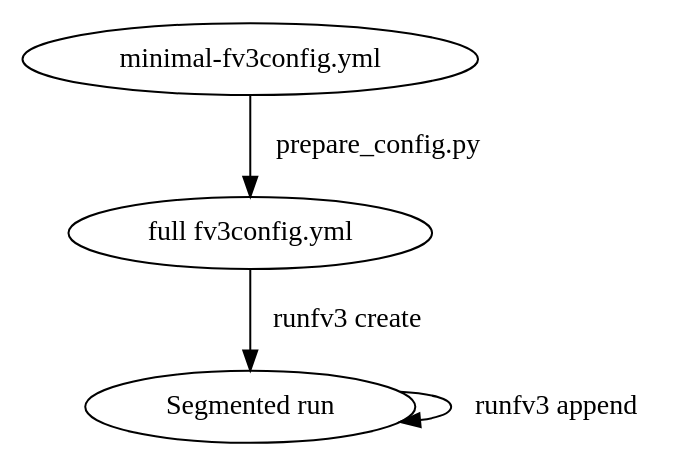
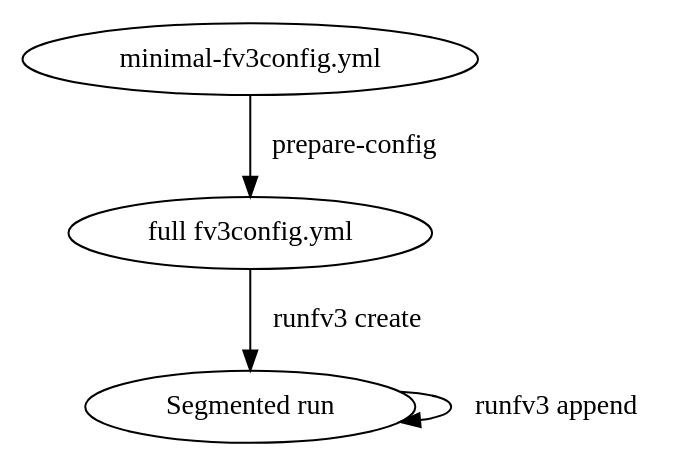
Before and after one commit to ai2cm/fv3net: the diagram in workflows/prognostic_c48_run/docs/index.rst, drawn with Graphviz. The commit also changed 9 other files, not shown here.

First line of the commit message:
package prepare-config

```diff
--- a/workflows/prognostic_c48_run/docs/index.rst
+++ b/workflows/prognostic_c48_run/docs/index.rst
@@ -18,7 +18,7 @@
 .. graphviz::
 
    digraph foo {
-      "minimal-fv3config.yml" -> "full fv3config.yml" [label="prepare_config.py"];
+      "minimal-fv3config.yml" -> "full fv3config.yml" [label="prepare-config"];
       "full fv3config.yml" -> "Segmented run" [label="runfv3 create"];
       "Segmented run" -> "Segmented run" [label="runfv3 append"];
    }
```
